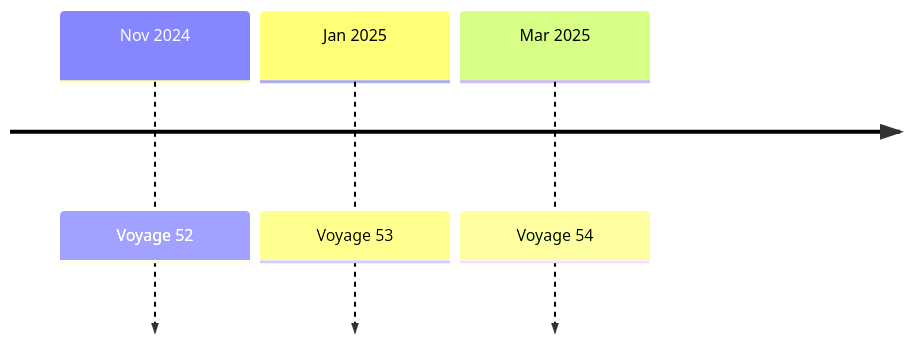
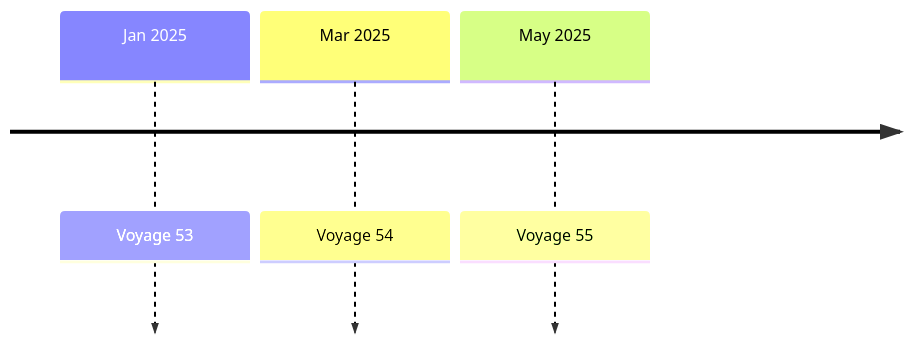
One commit to chingu-voyages/Handbook changed the first of 2 diagrams in docs/guides/voyage/voyage.md. Above: the diagram before and after it, drawn with Mermaid. The commit also changed other lines of this file, not shown here.

First line of the commit message:
Feature: Update Voyage schedule

````diff
--- a/docs/guides/voyage/voyage.md
+++ b/docs/guides/voyage/voyage.md
@@ -19,6 +19,6 @@
 ```mermaid
   timeline
-    Nov 2024 : Voyage 52
     Jan 2025 : Voyage 53
     Mar 2025 : Voyage 54
+    May 2025 : Voyage 55
 ```
````
